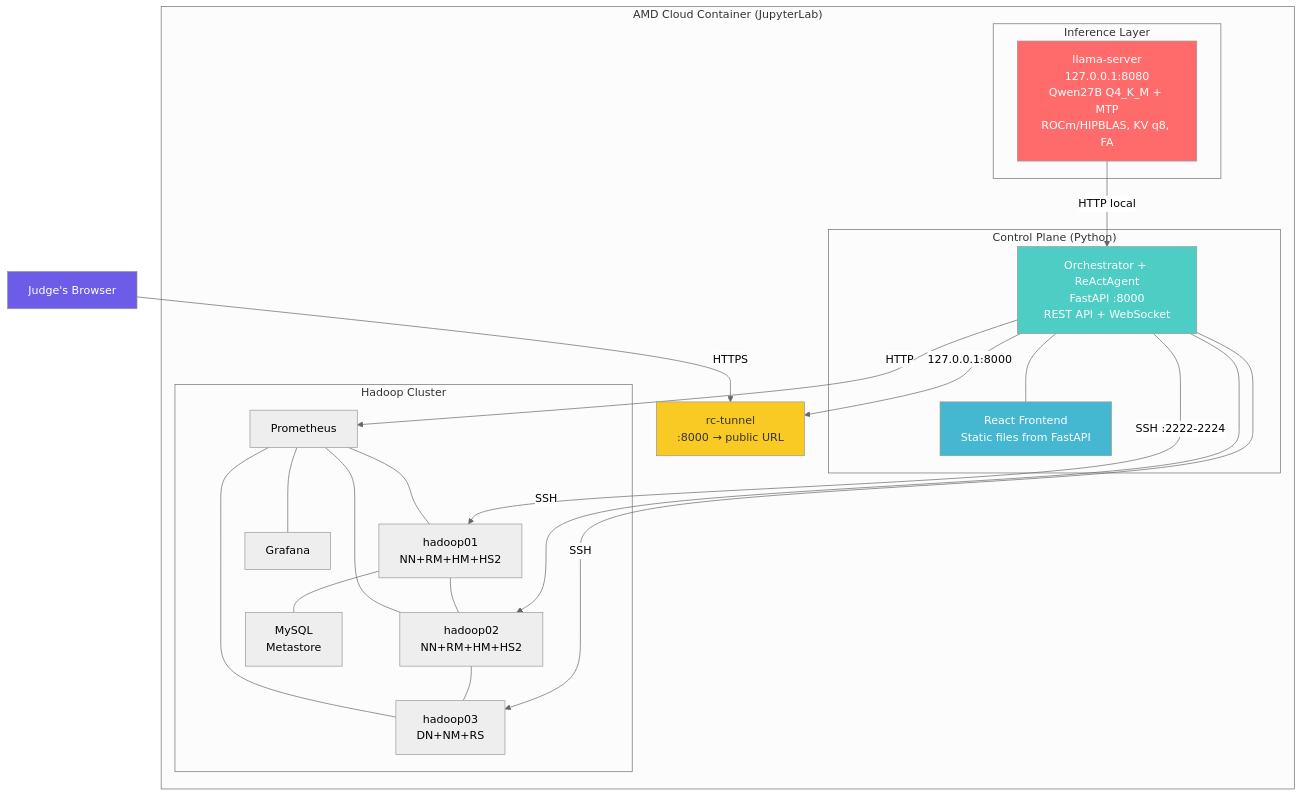
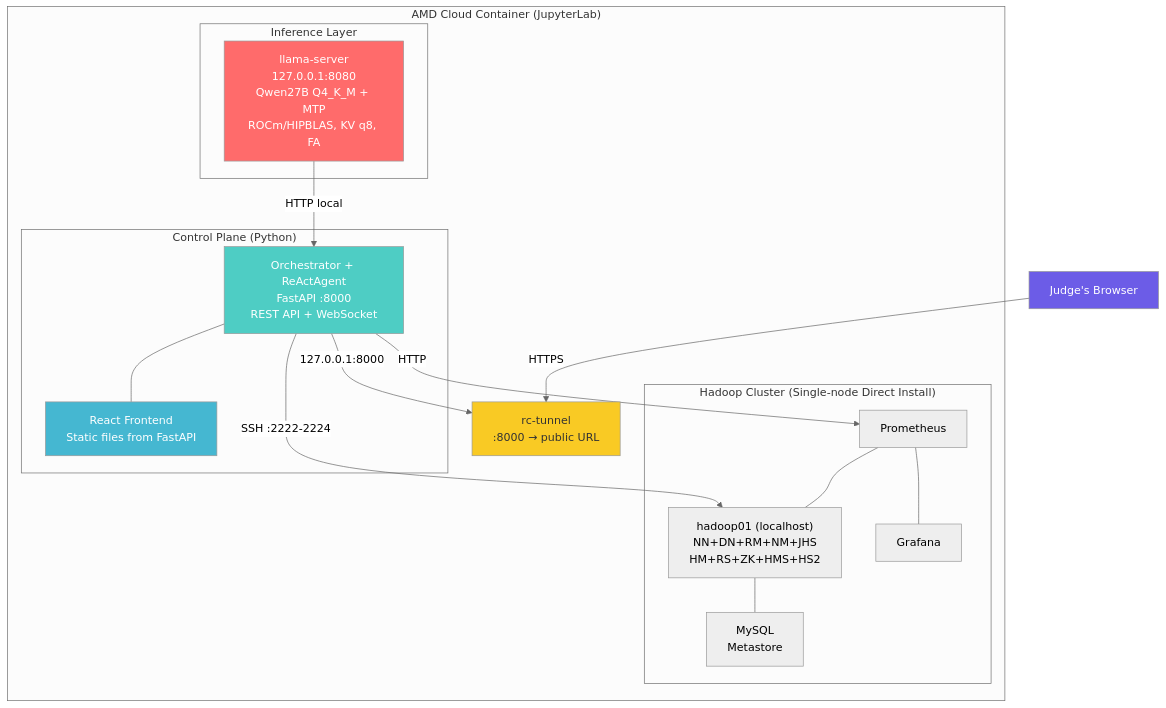
One commit to creazyboyone/Radeon-hackathon-2026-07 changed the diagram in docs/README.md. Above: the diagram before and after it, drawn with Mermaid (neutral theme). The commit also changed other lines of this file and 14 other files, not shown here.

````diff
--- a/docs/README.md
+++ b/docs/README.md
@@ -37,46 +37,39 @@
 ```mermaid
 graph TB
     subgraph "AMD Cloud Container (JupyterLab)"
         subgraph "Inference Layer"
             LLAMA["llama-server<br/>127.0.0.1:8080<br/>Qwen27B Q4_K_M + MTP<br/>ROCm/HIPBLAS, KV q8, FA"]
         end
 
         subgraph "Control Plane (Python)"
             AGENT["Orchestrator + ReActAgent<br/>FastAPI :8000<br/>REST API + WebSocket"]
             WEB["React Frontend<br/>Static files from FastAPI"]
             AGENT --- WEB
         end
 
-        subgraph "Hadoop Cluster"
-            H1["hadoop01<br/>NN+RM+HM+HS2"]
-            H2["hadoop02<br/>NN+RM+HM+HS2"]
-            H3["hadoop03<br/>DN+NM+RS"]
+        subgraph "Hadoop Cluster (Single-node Direct Install)"
+            H1["hadoop01 (localhost)<br/>NN+DN+RM+NM+JHS<br/>HM+RS+ZK+HMS+HS2"]
             MYSQL["MySQL<br/>Metastore"]
             PROM["Prometheus"]
             GRAF["Grafana"]
         end
 
         TUNNEL["rc-tunnel<br/>:8000 → public URL"]
 
         LLAMA -->|HTTP local| AGENT
         AGENT -->|SSH :2222-2224| H1
-        AGENT -->|SSH| H2
-        AGENT -->|SSH| H3
         AGENT -->|HTTP| PROM
-        H1 --- H2 --- H3
         H1 --- MYSQL
         PROM --- H1
-        PROM --- H2
-        PROM --- H3
         PROM --- GRAF
         AGENT -->|127.0.0.1:8000| TUNNEL
     end
 
     JUDGE["Judge's Browser"] -->|HTTPS| TUNNEL
 
     style LLAMA fill:#ff6b6b,color:#fff
     style AGENT fill:#4ecdc4,color:#fff
     style WEB fill:#45b7d1,color:#fff
     style TUNNEL fill:#f9ca24,color:#333
     style JUDGE fill:#6c5ce7,color:#fff
 ```
````
